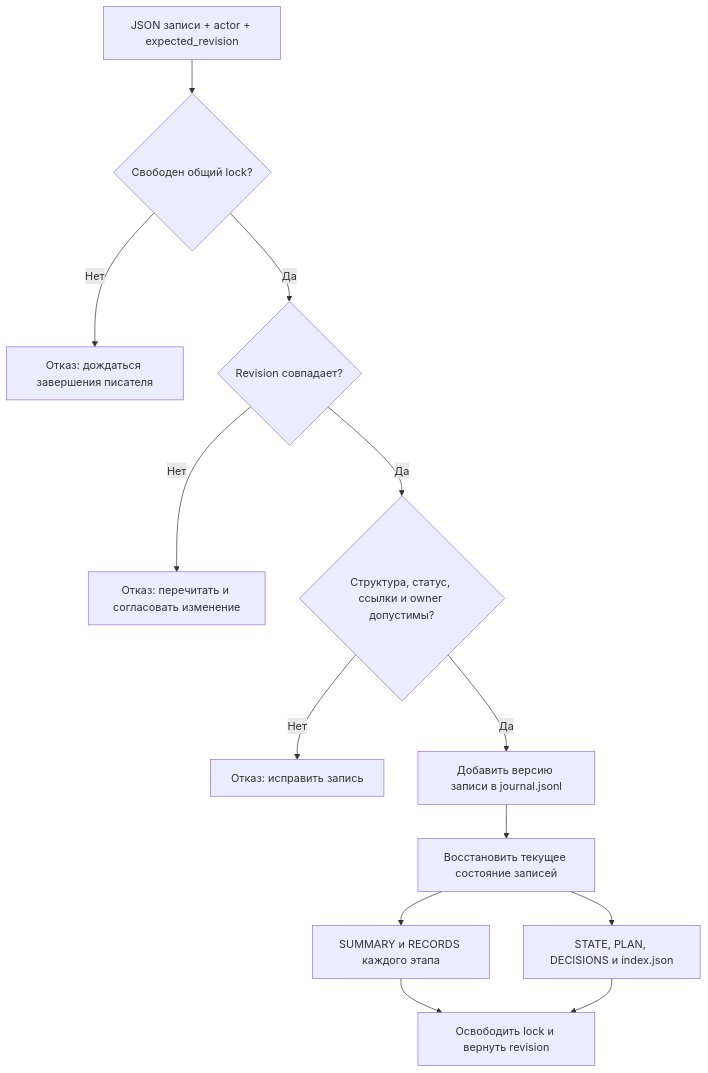
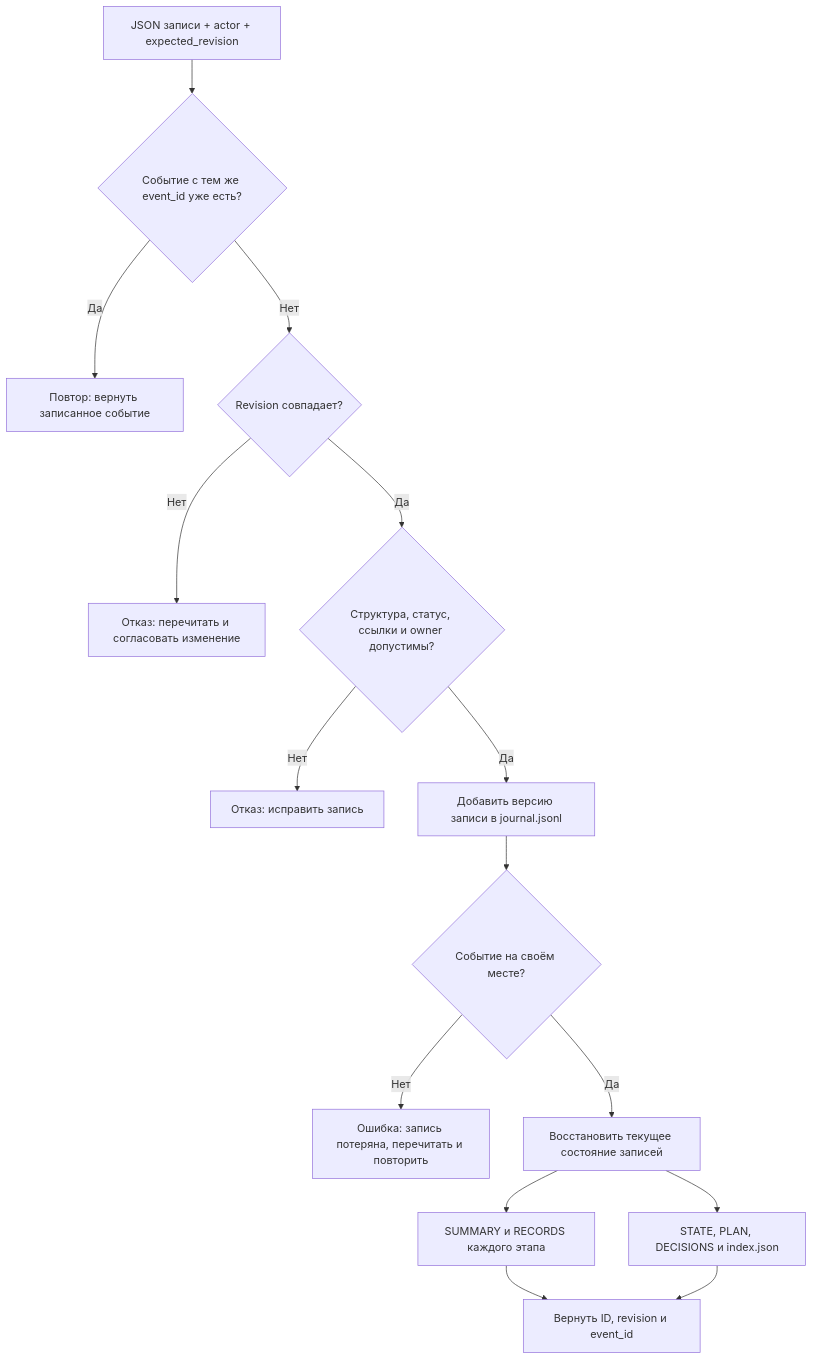
Before and after one commit to fortser/submoon-research: the second of 2 diagrams in TRACKING_SYSTEM.md, drawn with Mermaid. The commit also changed other lines of this file and 488 other files, not shown here.

````diff
--- a/TRACKING_SYSTEM.md
+++ b/TRACKING_SYSTEM.md
@@ -154,15 +154,17 @@
 ```mermaid
 flowchart TD
-    A[JSON записи + actor + expected_revision] --> B{Свободен общий lock?}
-    B -- Нет --> R[Отказ: дождаться завершения писателя]
-    B -- Да --> C{Revision совпадает?}
+    A[JSON записи + actor + expected_revision] --> B{Событие с тем же event_id уже есть?}
+    B -- Да --> R[Повтор: вернуть записанное событие]
+    B -- Нет --> C{Revision совпадает?}
     C -- Нет --> S[Отказ: перечитать и согласовать изменение]
     C -- Да --> D{Структура, статус, ссылки и owner допустимы?}
     D -- Нет --> T[Отказ: исправить запись]
     D -- Да --> E[Добавить версию записи в journal.jsonl]
-    E --> F[Восстановить текущее состояние записей]
+    E --> V{Событие на своём месте?}
+    V -- Нет --> L[Ошибка: запись потеряна, перечитать и повторить]
+    V -- Да --> F[Восстановить текущее состояние записей]
     F --> G[SUMMARY и RECORDS каждого этапа]
     F --> H[STATE, PLAN, DECISIONS и index.json]
-    G --> I[Освободить lock и вернуть revision]
+    G --> I[Вернуть ID, revision и event_id]
     H --> I
 ```
````
